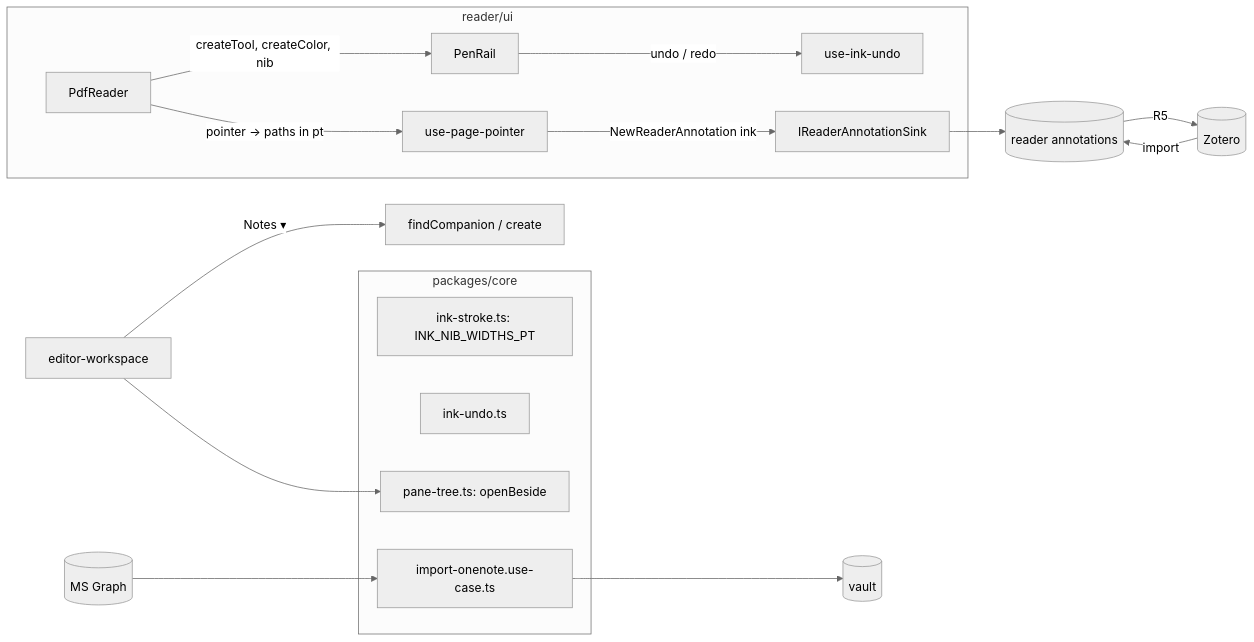
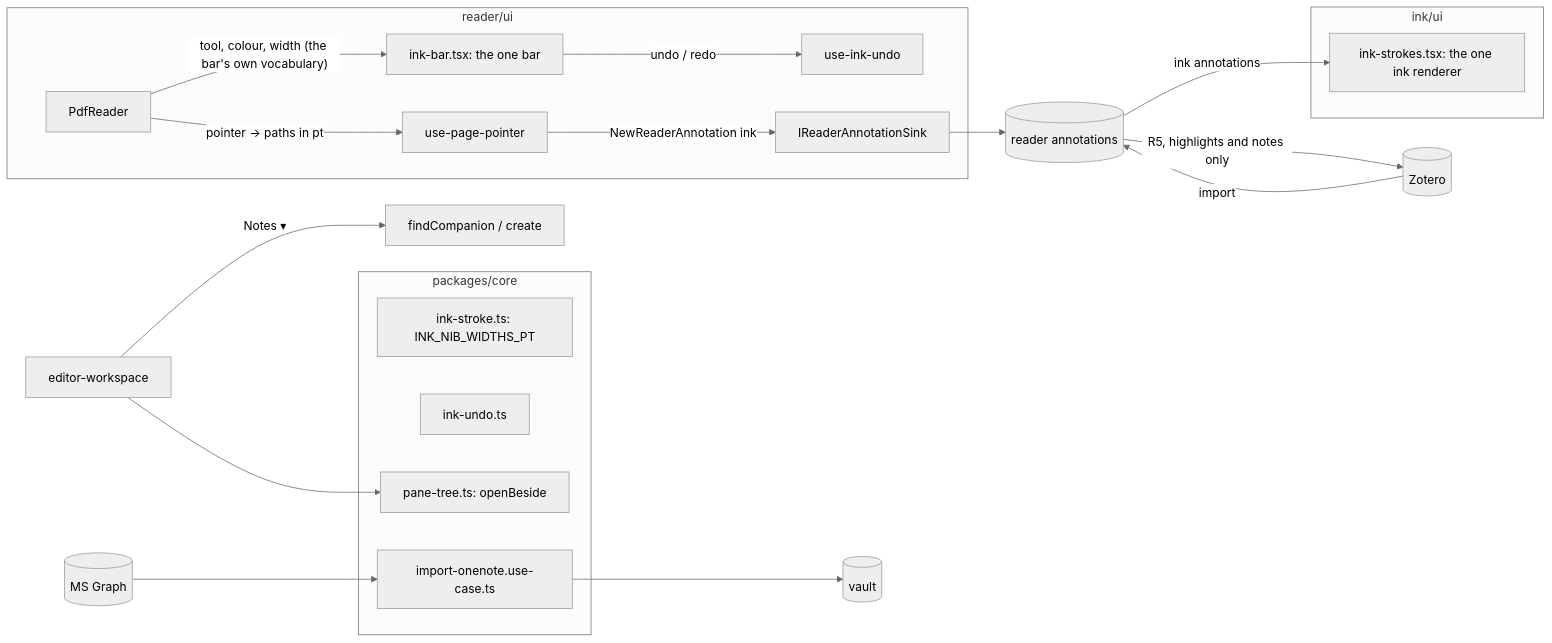
Before and after one commit to Satwik-Miyyapuram/weaveforge: the diagram in docs/plans/working/pdf-ink.md, drawn with Mermaid (neutral theme). The commit also changed other lines of this file and 364 other files, not shown here.

````diff
--- a/docs/plans/working/pdf-ink.md
+++ b/docs/plans/working/pdf-ink.md
@@ -196,21 +196,26 @@
 ```mermaid
 flowchart LR
   subgraph reader [reader/ui]
-    PdfReader -->|"createTool, createColor, nib"| PenRail
-    PenRail -->|"undo / redo"| InkUndo[use-ink-undo]
+    PdfReader -->|"tool, colour, width (the bar's own vocabulary)"| InkBar
+    InkBar -->|"undo / redo"| InkUndo[use-ink-undo]
     PdfReader -->|"pointer → paths in pt"| PagePointer[use-page-pointer]
     PagePointer -->|"NewReaderAnnotation ink"| Sink[IReaderAnnotationSink]
   end
+  subgraph ink [ink/ui]
+    InkBar[ink-bar.tsx: the one bar]
+    InkStrokes[ink-strokes.tsx: the one ink renderer]
+  end
   Sink --> Repo[(reader annotations)]
-  Repo -->|"R5"| Zotero[(Zotero)]
+  Repo -->|"R5, highlights and notes only"| Zotero[(Zotero)]
   Zotero -->|"import"| Repo
+  Repo -->|"ink annotations"| InkStrokes
   subgraph core [packages/core]
     Nibs[ink-stroke.ts: INK_NIB_WIDTHS_PT]
     Undo[ink-undo.ts]
     PaneTree[pane-tree.ts: openBeside]
     OneNote[import-onenote.use-case.ts]
   end
   Workspace[editor-workspace] -->|"Notes ▾"| Companion[findCompanion / create]
   Workspace --> PaneTree
   Graph[(MS Graph)] --> OneNote --> Vault[(vault)]
 ```
````
